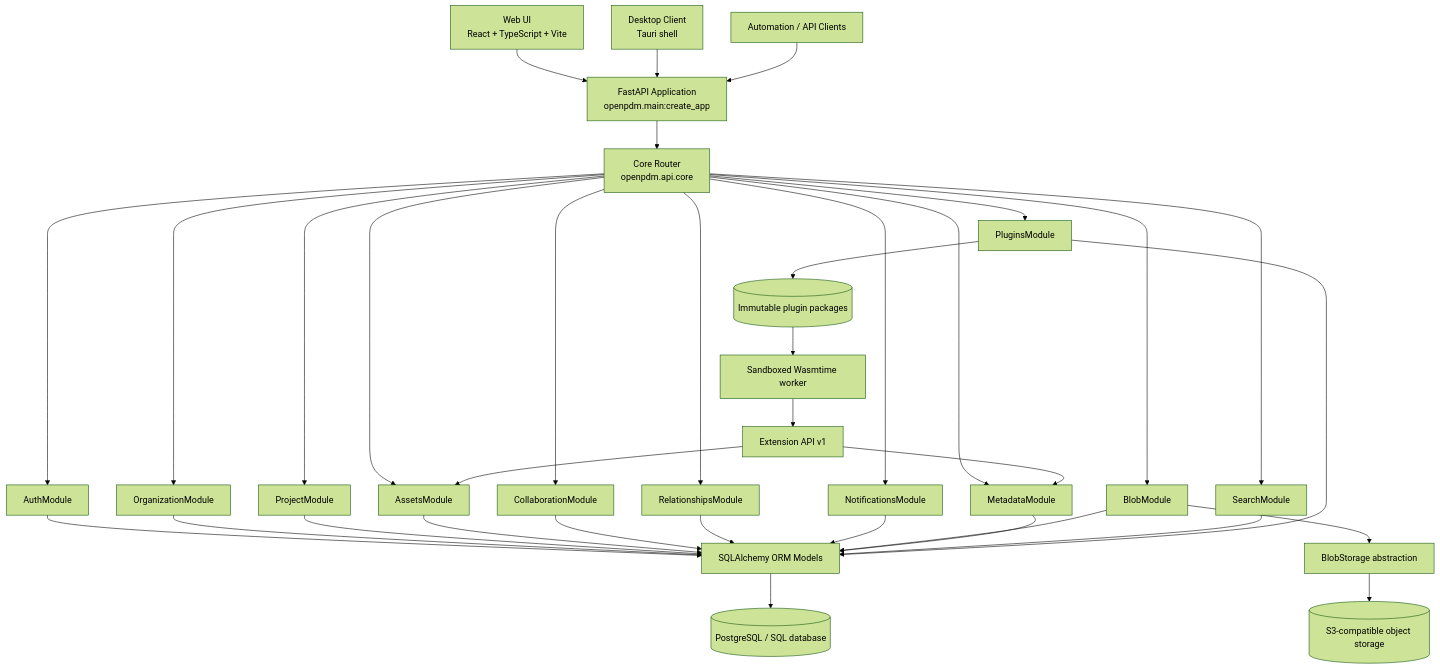
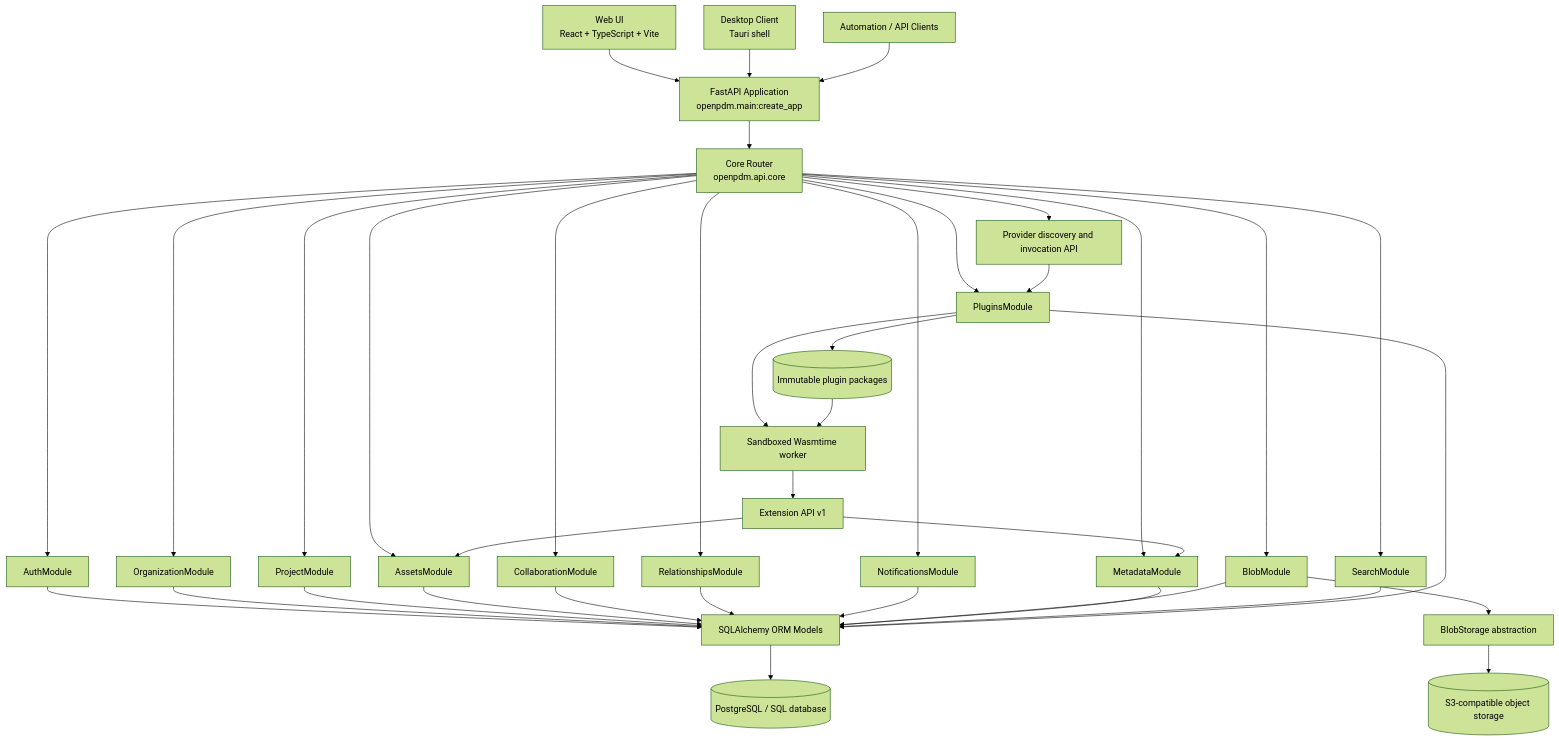
The first of 7 diagrams in docs/API_FLOWS.md (synkop360/OpenPDM), drawn with Mermaid (forest theme) before and after one commit. The commit also changed 4 other files, not shown here.

````diff
--- a/docs/API_FLOWS.md
+++ b/docs/API_FLOWS.md
@@ -22,66 +22,70 @@
 ```mermaid
 flowchart TD
     WebUI["Web UI<br/>React + TypeScript + Vite"]
     Desktop["Desktop Client<br/>Tauri shell"]
     APIClients["Automation / API Clients"]
 
     App["FastAPI Application<br/>openpdm.main:create_app"]
     Router["Core Router<br/>openpdm.api.core"]
     Auth["AuthModule"]
     Org["OrganizationModule"]
     Project["ProjectModule"]
     Assets["AssetsModule"]
     Collab["CollaborationModule"]
     Relationships["RelationshipsModule"]
     Notifications["NotificationsModule"]
     BlobModule["BlobModule"]
     Metadata["MetadataModule"]
     Search["SearchModule"]
     Plugins["PluginsModule"]
 
     SQLA["SQLAlchemy ORM Models"]
     Postgres[("PostgreSQL / SQL database")]
     BlobStorage["BlobStorage abstraction"]
     ObjectStore[("S3-compatible object storage")]
     PluginPackages[("Immutable plugin packages")]
     Worker["Sandboxed Wasmtime worker"]
     Extension["Extension API v1"]
+    ProviderDiscovery["Provider discovery and invocation API"]
 
     WebUI --> App
     Desktop --> App
     APIClients --> App
 
     App --> Router
     Router --> Auth
     Router --> Org
     Router --> Project
     Router --> Assets
     Router --> Collab
     Router --> Relationships
     Router --> Notifications
     Router --> BlobModule
     Router --> Metadata
     Router --> Search
     Router --> Plugins
+    Router --> ProviderDiscovery
 
     Auth --> SQLA
     Org --> SQLA
     Project --> SQLA
     Assets --> SQLA
     Collab --> SQLA
     Relationships --> SQLA
     Notifications --> SQLA
     BlobModule --> SQLA
     Metadata --> SQLA
     Search --> SQLA
     Plugins --> SQLA
     Plugins --> PluginPackages
+    Plugins --> Worker
+    ProviderDiscovery --> Plugins
     PluginPackages --> Worker
     Worker --> Extension
     Extension --> Assets
     Extension --> Metadata
 
     SQLA --> Postgres
     BlobModule --> BlobStorage
     BlobStorage --> ObjectStore
 ```
````
